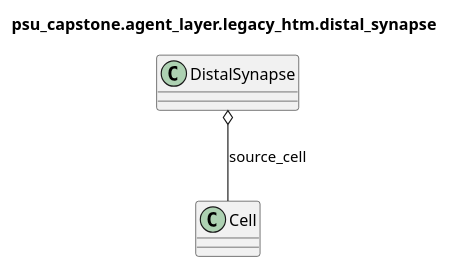
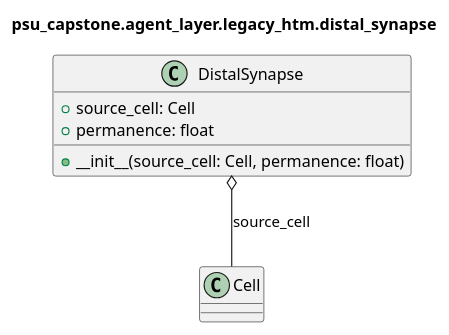
The diagram in docs/puml/psu_capstone/agent_layer/legacy_htm/distal_synapse.puml (egrembocki/htmrl), drawn with PlantUML before and after one commit. The commit also changed 21 other files, not shown here.

Commit message:
Update UML diagrams with attributes and methods

```diff
--- a/docs/puml/psu_capstone/agent_layer/legacy_htm/distal_synapse.puml
+++ b/docs/puml/psu_capstone/agent_layer/legacy_htm/distal_synapse.puml
@@ -1,10 +1,14 @@
 @startuml
 
 title psu_capstone.agent_layer.legacy_htm.distal_synapse
 
-class DistalSynapse
+class DistalSynapse {
+  +source_cell: Cell
+  +permanence: float
+  +__init__(source_cell: Cell, permanence: float)
+}
 class Cell
 
 DistalSynapse o-- Cell : source_cell
 
 @enduml
```
